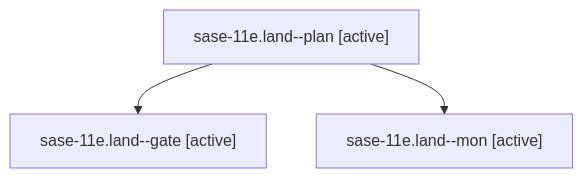
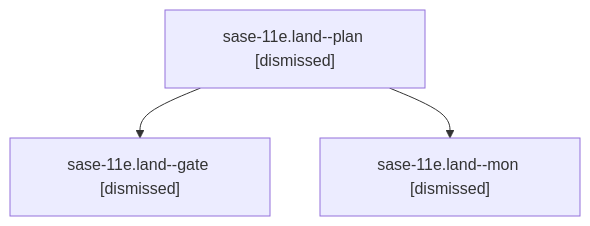
Before and after one commit to sase-org/sase--agents: the diagram in sessions/bbugyi200.athena.sase-11e.land.md, drawn with Mermaid. The commit also changed other lines of this file and 199 other files, not shown here.

````diff
--- a/sessions/bbugyi200.athena.sase-11e.land.md
+++ b/sessions/bbugyi200.athena.sase-11e.land.md
@@ -9,8 +9,8 @@
 ```mermaid
 flowchart TD
-  n0["sase-11e.land--plan [active]"]
-  n1["sase-11e.land--gate [active]"]
+  n0["sase-11e.land--plan [dismissed]"]
+  n1["sase-11e.land--gate [dismissed]"]
   n0 --> n1
-  n2["sase-11e.land--mon [active]"]
+  n2["sase-11e.land--mon [dismissed]"]
   n0 --> n2
 ```
````
